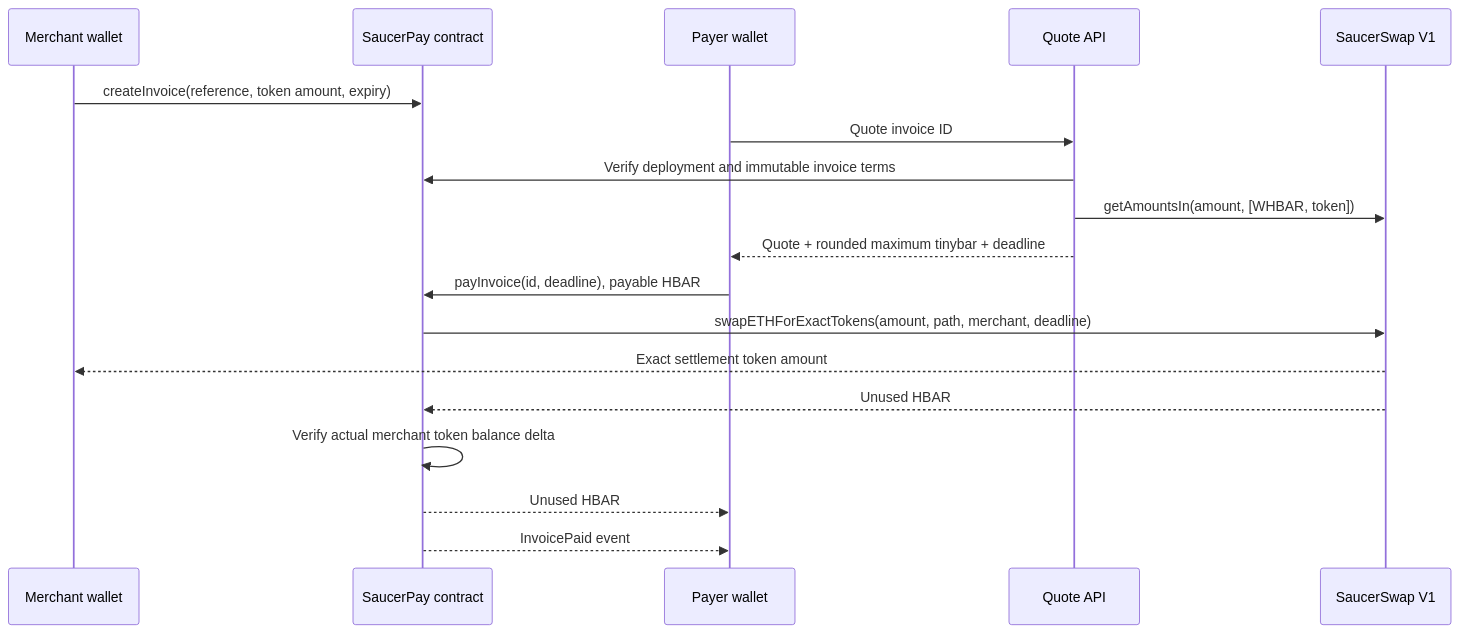
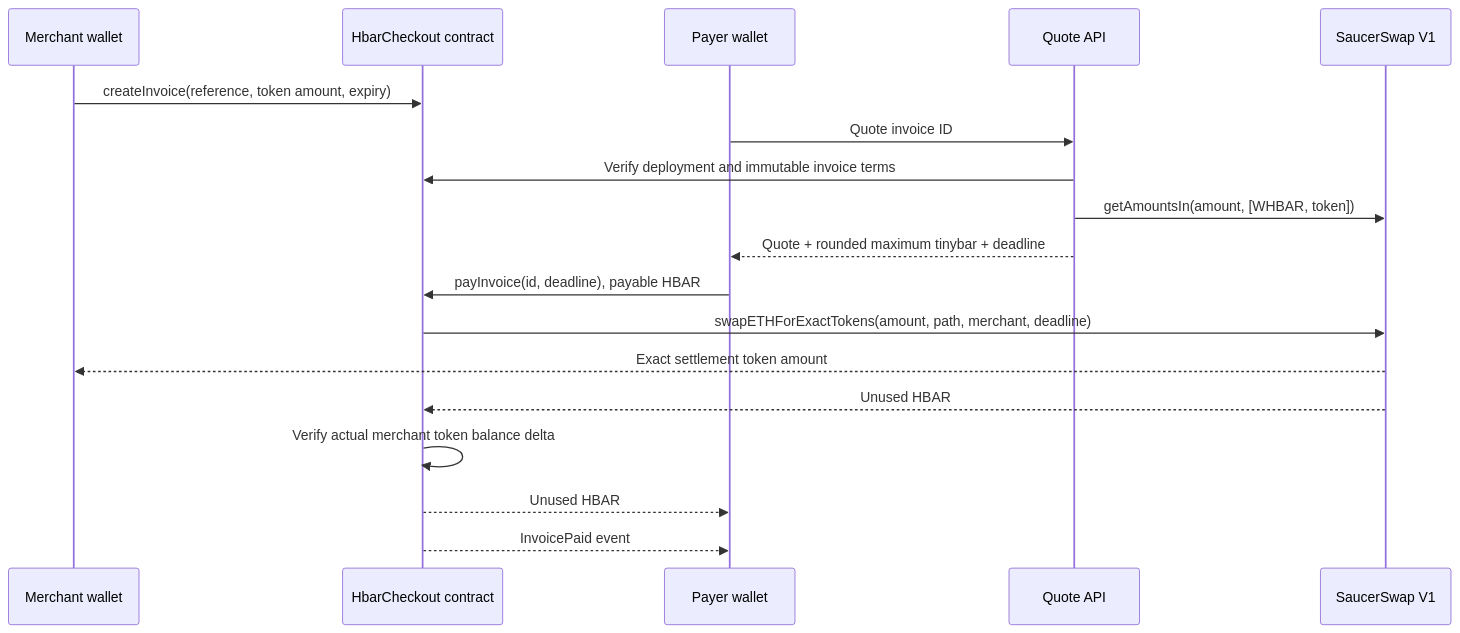
One commit to STOOOKEEE/hbar-checkout changed the second of 2 diagrams in docs/ARCHITECTURE.md. Above: the diagram before and after it, drawn with Mermaid. The commit also changed other lines of this file and 48 other files, not shown here.

First line of the commit message:
Rename the template to HBAR Checkout

````diff
--- a/docs/ARCHITECTURE.md
+++ b/docs/ARCHITECTURE.md
@@ -55,20 +55,20 @@
 ```mermaid
 sequenceDiagram
     participant M as Merchant wallet
-    participant C as SaucerPay contract
+    participant C as HbarCheckout contract
     participant P as Payer wallet
     participant A as Quote API
     participant S as SaucerSwap V1
     M->>C: createInvoice(reference, token amount, expiry)
     P->>A: Quote invoice ID
     A->>C: Verify deployment and immutable invoice terms
     A->>S: getAmountsIn(amount, [WHBAR, token])
     A-->>P: Quote + rounded maximum tinybar + deadline
     P->>C: payInvoice(id, deadline), payable HBAR
     C->>S: swapETHForExactTokens(amount, path, merchant, deadline)
     S-->>M: Exact settlement token amount
     S-->>C: Unused HBAR
     C->>C: Verify actual merchant token balance delta
     C-->>P: Unused HBAR
     C-->>P: InvoicePaid event
 ```
````
